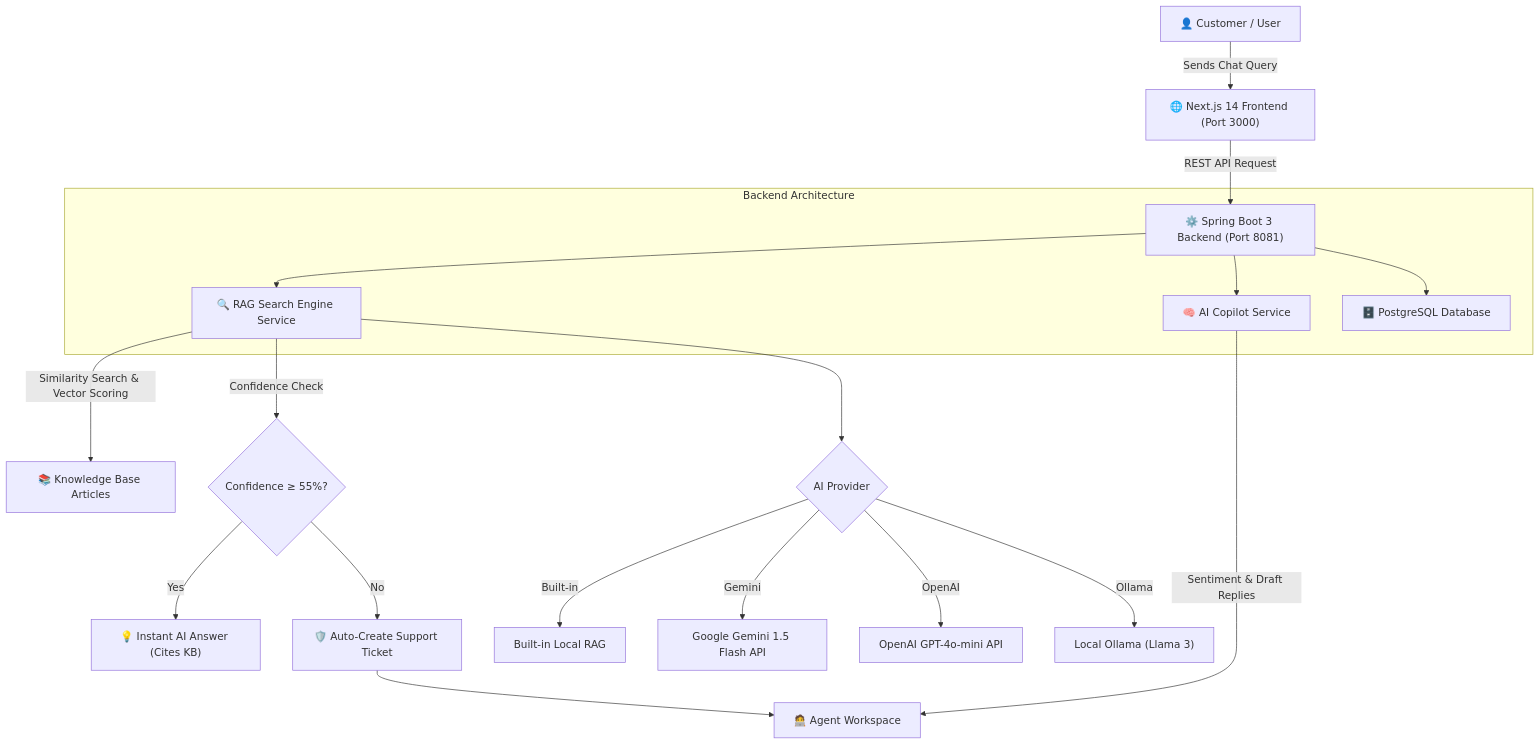
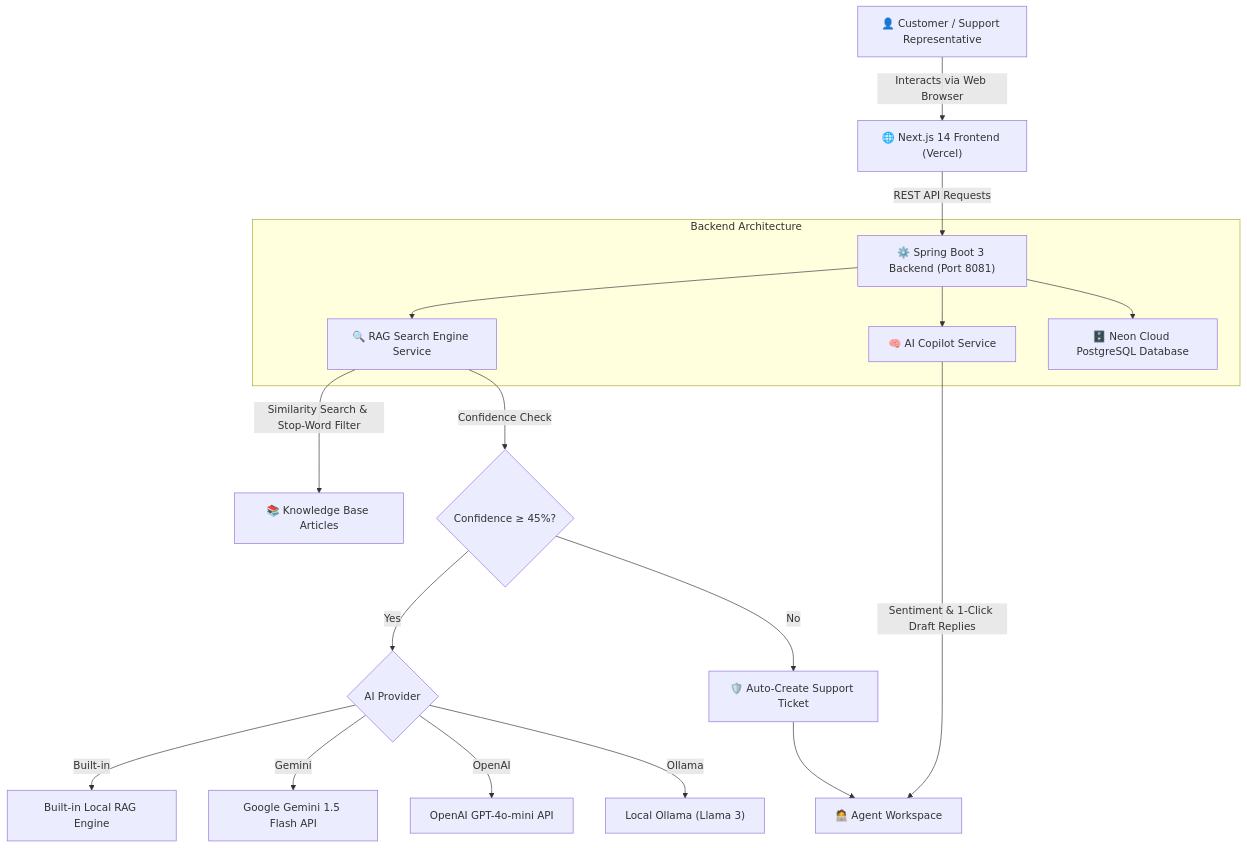
One commit to Sivatheevan1224/ai-customer-support-app changed the diagram in README.md. Above: the diagram before and after it, drawn with Mermaid. The commit also changed other lines of this file, not shown here.

Commit message:
update README with project architecture, API documentation, and deployment details

````diff
--- a/README.md
+++ b/README.md
@@ -21,26 +28,25 @@
 ```mermaid
 graph TD
-    User["👤 Customer / User"] -->|Sends Chat Query| NextJS["🌐 Next.js 14 Frontend (Port 3000)"]
-    NextJS -->|REST API Request| SpringBoot["⚙️ Spring Boot 3 Backend (Port 8081)"]
+    User["👤 Customer / Support Representative"] -->|Interacts via Web Browser| NextJS["🌐 Next.js 14 Frontend (Vercel)"]
+    NextJS -->|REST API Requests| SpringBoot["⚙️ Spring Boot 3 Backend (Port 8081)"]
     
     subgraph Backend Architecture
         SpringBoot --> RAG["🔍 RAG Search Engine Service"]
         SpringBoot --> Copilot["🧠 AI Copilot Service"]
-        SpringBoot --> DB["🗄️ PostgreSQL Database"]
+        SpringBoot --> DB["🗄️ Neon Cloud PostgreSQL Database"]
     end
     
-    RAG -->|Similarity Search & Vector Scoring| KB["📚 Knowledge Base Articles"]
+    RAG -->|Similarity Search & Stop-Word Filter| KB["📚 Knowledge Base Articles"]
     
-    RAG -->|Confidence Check| Decision{"Confidence ≥ 55%?"}
-    Decision -->|Yes| DirectAnswer["💡 Instant AI Answer (Cites KB)"]
+    RAG -->|Confidence Check| Decision{"Confidence ≥ 45%?"}
+    Decision -->|Yes| Provider{"AI Provider"}
     Decision -->|No| Escalation["🛡️ Auto-Create Support Ticket"]
     
-    Escalation --> AgentWorkspace["🧑‍💻 Agent Workspace"]
-    Copilot -->|Sentiment & Draft Replies| AgentWorkspace
-    
-    RAG --> Provider{"AI Provider"}
-    Provider -->|Built-in| BuiltInEngine["Built-in Local RAG"]
+    Provider -->|Built-in| BuiltInEngine["Built-in Local RAG Engine"]
     Provider -->|Gemini| GeminiAPI["Google Gemini 1.5 Flash API"]
     Provider -->|OpenAI| OpenAIAPI["OpenAI GPT-4o-mini API"]
     Provider -->|Ollama| OllamaAPI["Local Ollama (Llama 3)"]
+    
+    Escalation --> AgentWorkspace["🧑‍💻 Agent Workspace"]
+    Copilot -->|Sentiment & 1-Click Draft Replies| AgentWorkspace
 ```
````
